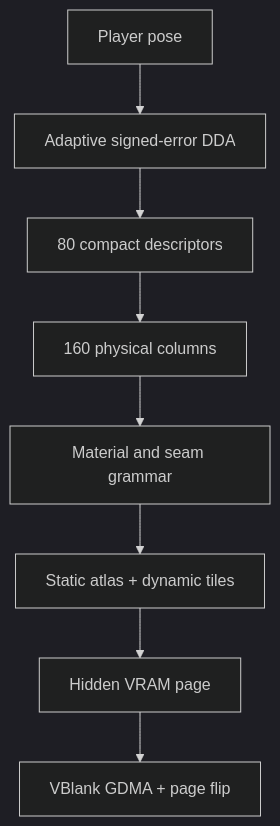
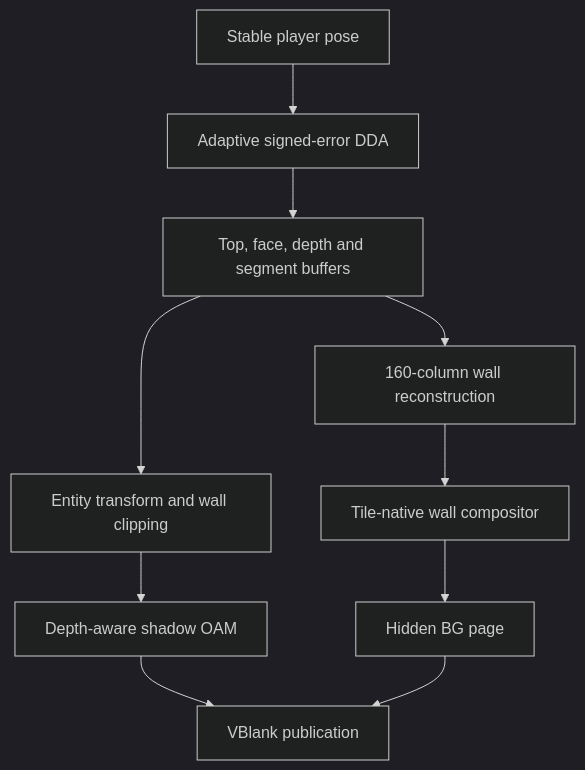
Before and after one commit to PowerBeef/Lupine3d: the diagram in README.md, drawn with Mermaid (dark theme). The commit also changed other lines of this file and 41 other files, not shown here.

````diff
--- a/README.md
+++ b/README.md
@@ -116,10 +46,12 @@
 ```mermaid
 flowchart TD
-    A["Player pose"] --> B["Adaptive signed-error DDA"]
-    B --> C["80 compact descriptors"]
-    C --> D["160 physical columns"]
-    D --> E["Material and seam grammar"]
-    E --> F["Static atlas + dynamic tiles"]
-    F --> G["Hidden VRAM page"]
-    G --> H["VBlank GDMA + page flip"]
+    A["Stable player pose"] --> B["Adaptive signed-error DDA"]
+    B --> C["Top, face, depth and segment buffers"]
+    C --> D["160-column wall reconstruction"]
+    C --> E["Entity transform and wall clipping"]
+    D --> F["Tile-native wall compositor"]
+    E --> G["Depth-aware shadow OAM"]
+    F --> H["Hidden BG page"]
+    G --> I["VBlank publication"]
+    H --> I
 ```
````
